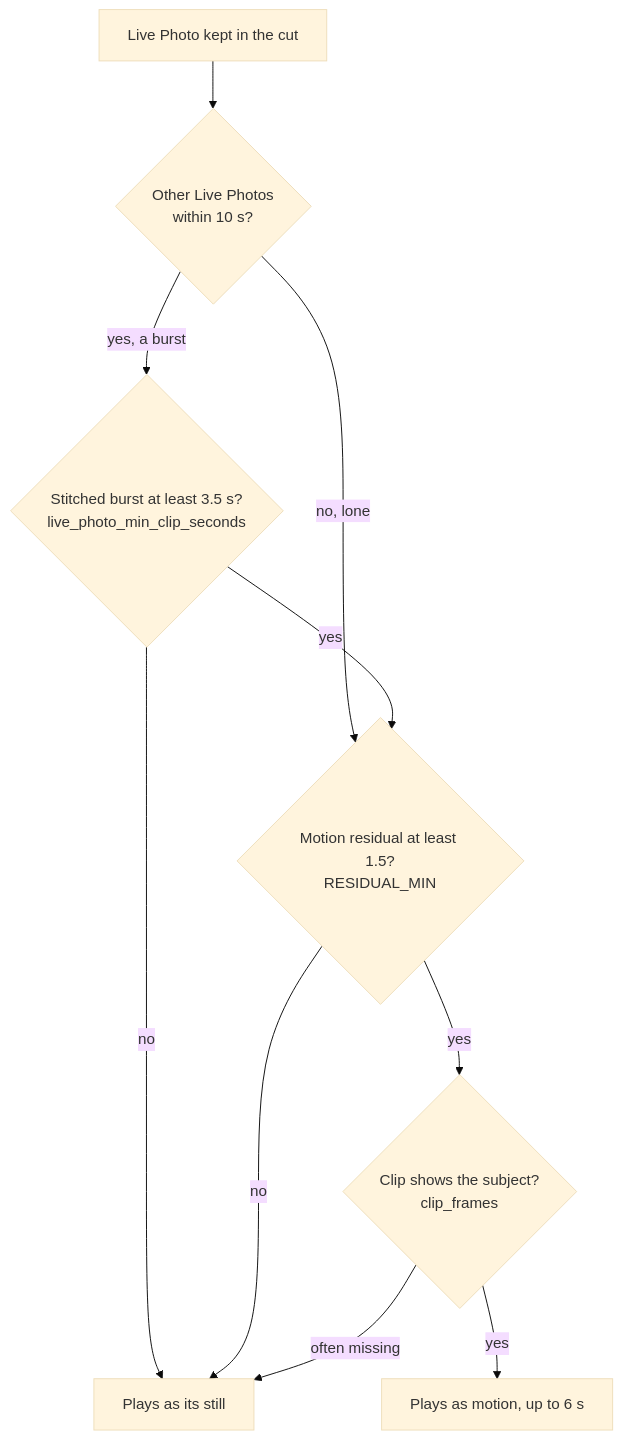
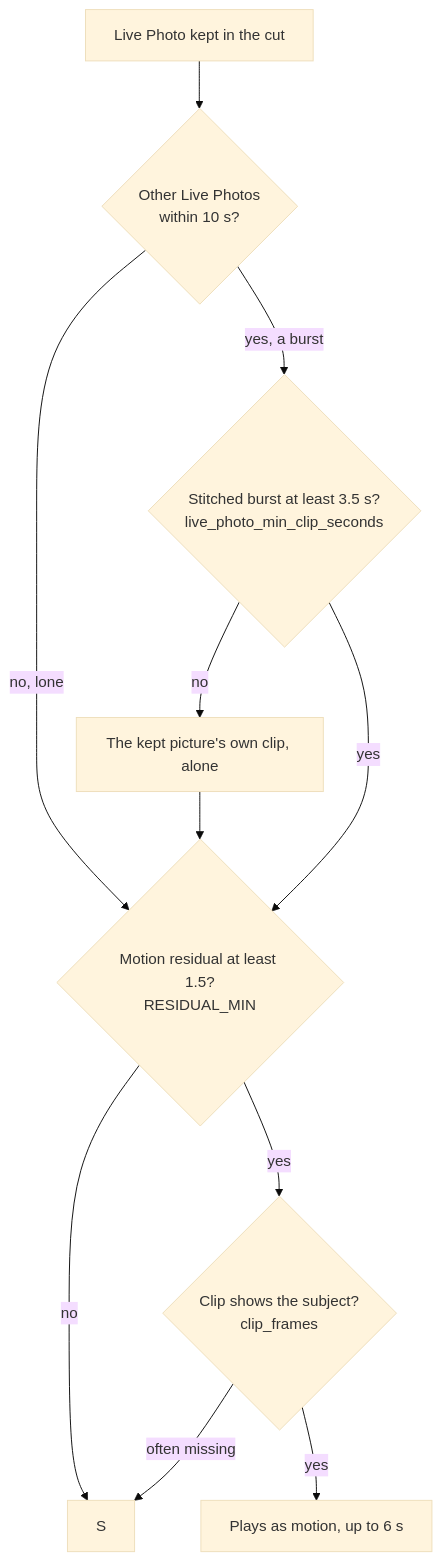
One commit to sam-dumont/immich-memories changed the diagram in docs-site/docs/make/photos-and-live-photos.md. Above: the diagram before and after it, drawn with Mermaid (base theme). The commit also changed other lines of this file and 6 other files, not shown here.

First line of the commit message:
fix(editorial): a burst too tight to stitch plays its kept picture's own clip

````diff
--- a/docs-site/docs/make/photos-and-live-photos.md
+++ b/docs-site/docs/make/photos-and-live-photos.md
@@ -57,12 +57,12 @@
 ```mermaid
 flowchart TD
   L[Live Photo kept in the cut] --> B{Other Live Photos<br/>within 10 s?}
   B -- no, lone --> R
   B -- yes, a burst --> J{Stitched burst at least 3.5 s?<br/>live_photo_min_clip_seconds}
-  J -- no --> S[Plays as its still]
+  J -- no --> O[The kept picture's own clip, alone] --> R
   J -- yes --> R{Motion residual at least 1.5?<br/>RESIDUAL_MIN}
   R -- no --> S
   R -- yes --> F{Clip shows the subject?<br/>clip_frames}
   F -- often missing --> S
   F -- yes --> M[Plays as motion, up to 6 s]
 ```
````
